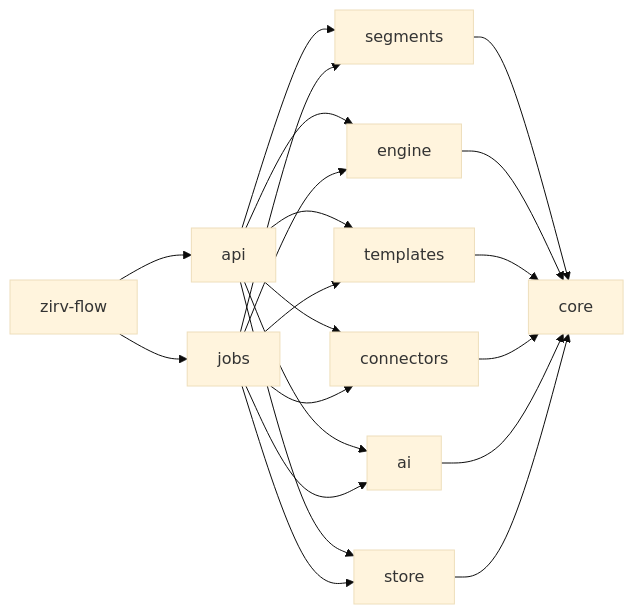
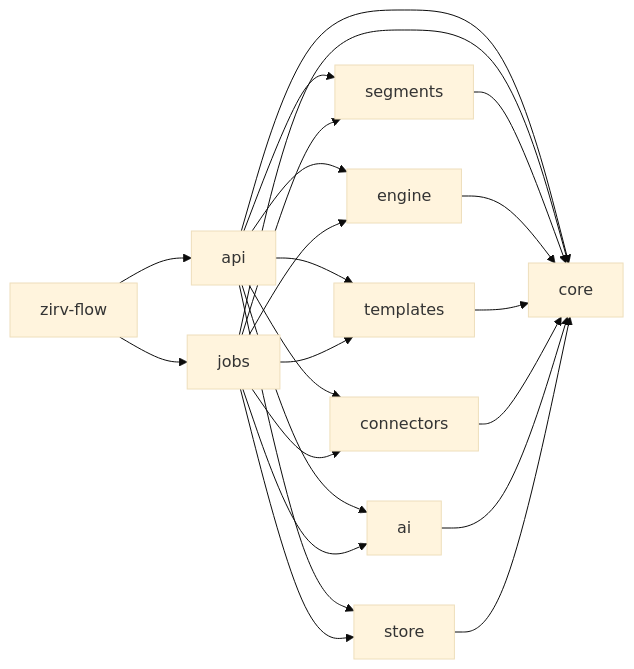
One commit to Glubiz/zirv-flow changed the third of 6 diagrams in docs/architecture.md. Above: the diagram before and after it, drawn with Mermaid (base theme). The commit also changed other lines of this file and 8 other files, not shown here.

````diff
--- a/docs/architecture.md
+++ b/docs/architecture.md
@@ -149,7 +150,7 @@
 ```mermaid
 flowchart LR
   bin[zirv-flow] --> api & jobs
-  api --> segments & engine & templates & connectors & ai & store
-  jobs --> segments & engine & templates & connectors & ai & store
+  api --> segments & engine & templates & connectors & ai & store & core
+  jobs --> segments & engine & templates & connectors & ai & store & core
   segments & engine & templates & connectors & ai & store --> core
 ```
````
